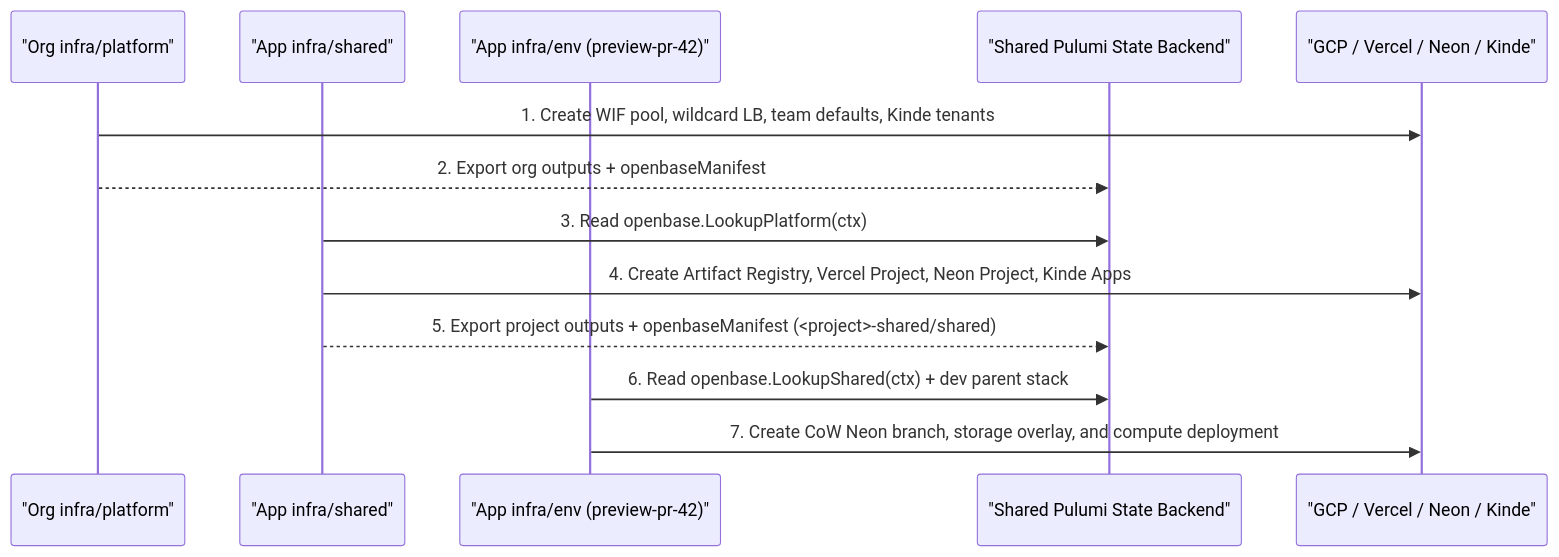
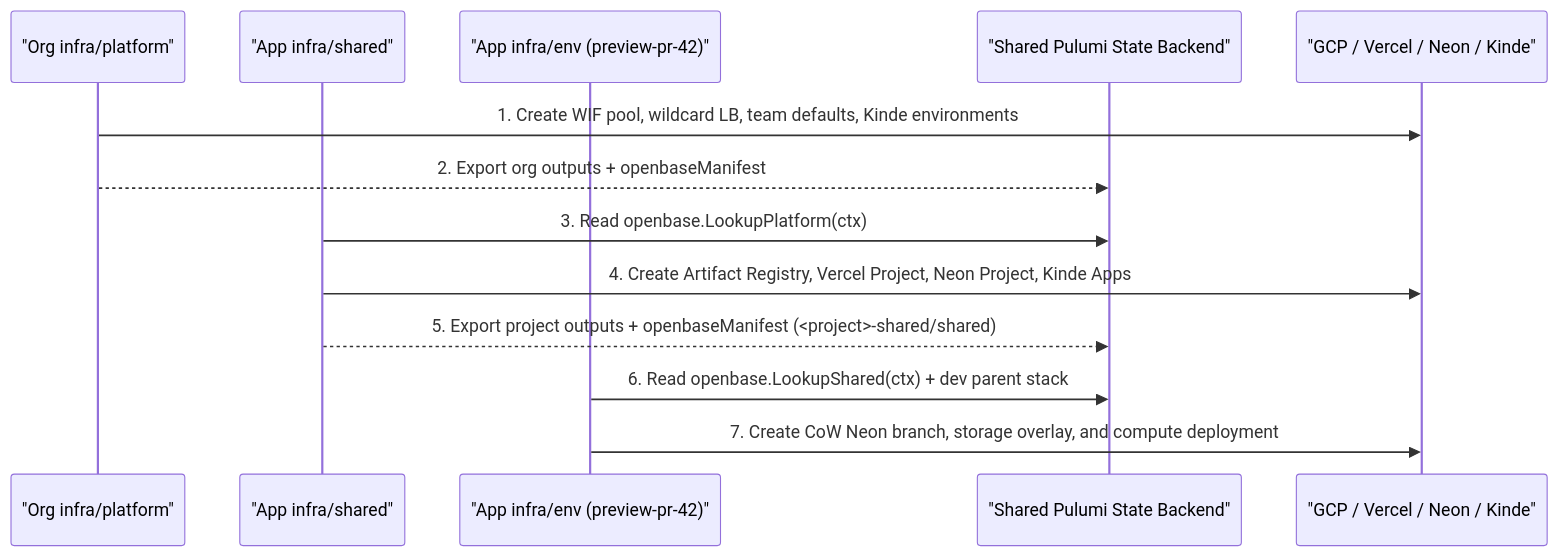
Before and after one commit to cloudvoyant/openbase: the second of 2 diagrams in docs/architecture/index.md, drawn with Mermaid. The commit also changed other lines of this file and 10 other files, not shown here.

````diff
--- a/docs/architecture/index.md
+++ b/docs/architecture/index.md
@@ -63,16 +63,16 @@
 ```mermaid
 sequenceDiagram
     participant Org as "Org infra/platform"
     participant Shared as "App infra/shared"
     participant Env as "App infra/env (preview-pr-42)"
     participant State as "Shared Pulumi State Backend"
     participant Cloud as "GCP / Vercel / Neon / Kinde"
 
-    Org->>Cloud: 1. Create WIF pool, wildcard LB, team defaults, Kinde tenants
+    Org->>Cloud: 1. Create WIF pool, wildcard LB, team defaults, Kinde environments
     Org-->>State: 2. Export org outputs + openbaseManifest
     Shared->>State: 3. Read openbase.LookupPlatform(ctx)
     Shared->>Cloud: 4. Create Artifact Registry, Vercel Project, Neon Project, Kinde Apps
     Shared-->>State: 5. Export project outputs + openbaseManifest (<project>-shared/shared)
     Env->>State: 6. Read openbase.LookupShared(ctx) + dev parent stack
     Env->>Cloud: 7. Create CoW Neon branch, storage overlay, and compute deployment
 ```
````
